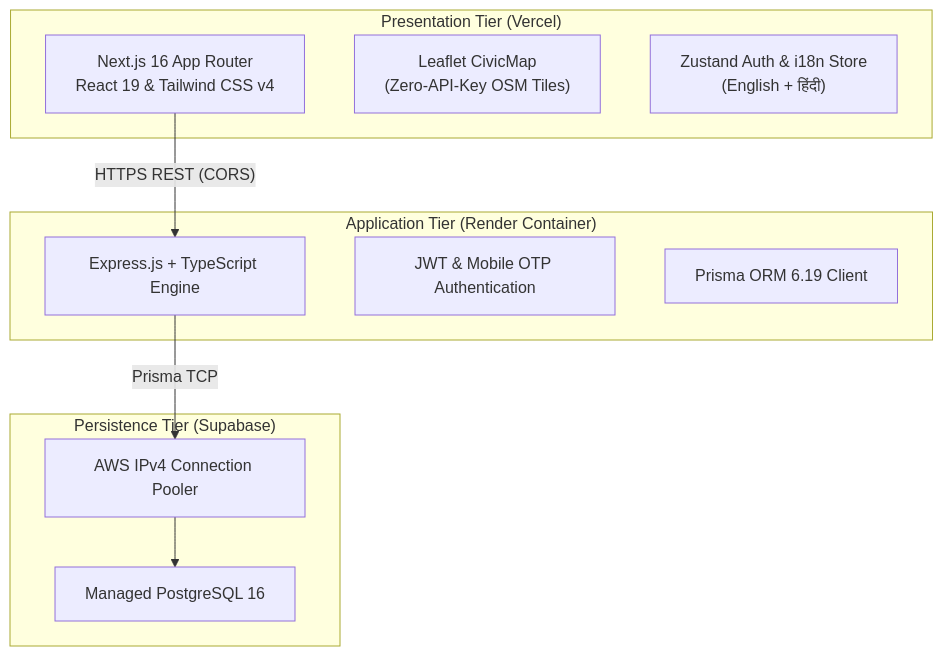
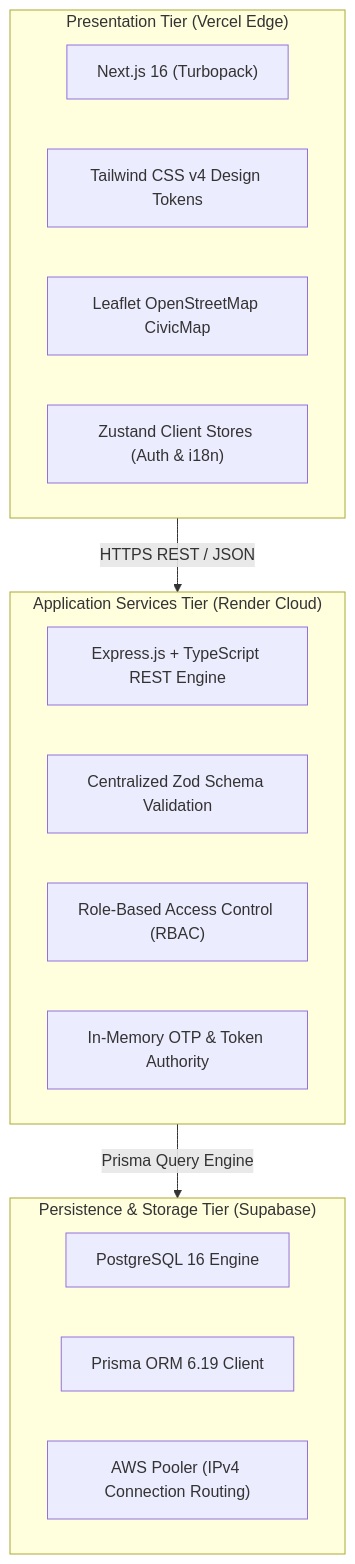
One commit to Shafi0903/SamadhanSetu changed the second of 2 diagrams in Docs/EXECUTIVE_PITCH_DECK.md. Above: the diagram before and after it, drawn with Mermaid. The commit also changed other lines of this file, not shown here.

Commit message:
docs(visuals): enhance executive pitch deck with scorecards, sequence flows, and UI frames

````diff
--- a/Docs/EXECUTIVE_PITCH_DECK.md
+++ b/Docs/EXECUTIVE_PITCH_DECK.md
@@ -121,22 +225,25 @@
 ```mermaid
 flowchart TD
-    subgraph Client["Presentation Tier (Vercel)"]
-        UI["Next.js 16 App Router<br/>React 19 & Tailwind CSS v4"]
-        Map["Leaflet CivicMap<br/>(Zero-API-Key OSM Tiles)"]
-        Store["Zustand Auth & i18n Store<br/>(English + हिंदी)"]
+    subgraph Client["Presentation Tier (Vercel Edge)"]
+        A1["Next.js 16 (Turbopack)"]
+        A2["Tailwind CSS v4 Design Tokens"]
+        A3["Leaflet OpenStreetMap CivicMap"]
+        A4["Zustand Client Stores (Auth & i18n)"]
     end
 
-    subgraph API["Application Tier (Render Container)"]
-        Server["Express.js + TypeScript Engine"]
-        Auth["JWT & Mobile OTP Authentication"]
-        Prisma["Prisma ORM 6.19 Client"]
+    subgraph Server["Application Services Tier (Render Cloud)"]
+        B1["Express.js + TypeScript REST Engine"]
+        B2["Centralized Zod Schema Validation"]
+        B3["Role-Based Access Control (RBAC)"]
+        B4["In-Memory OTP & Token Authority"]
     end
 
-    subgraph Data["Persistence Tier (Supabase)"]
-        PG["Managed PostgreSQL 16"]
-        Pooler["AWS IPv4 Connection Pooler"]
+    subgraph Data["Persistence & Storage Tier (Supabase)"]
+        C1["PostgreSQL 16 Engine"]
+        C2["Prisma ORM 6.19 Client"]
+        C3["AWS Pooler (IPv4 Connection Routing)"]
     end
 
-    UI -->|"HTTPS REST (CORS)"| Server
-    Server -->|"Prisma TCP"| Pooler --> PG
+    Client -->|"HTTPS REST / JSON"| Server
+    Server -->|"Prisma Query Engine"| Data
 ```
````
